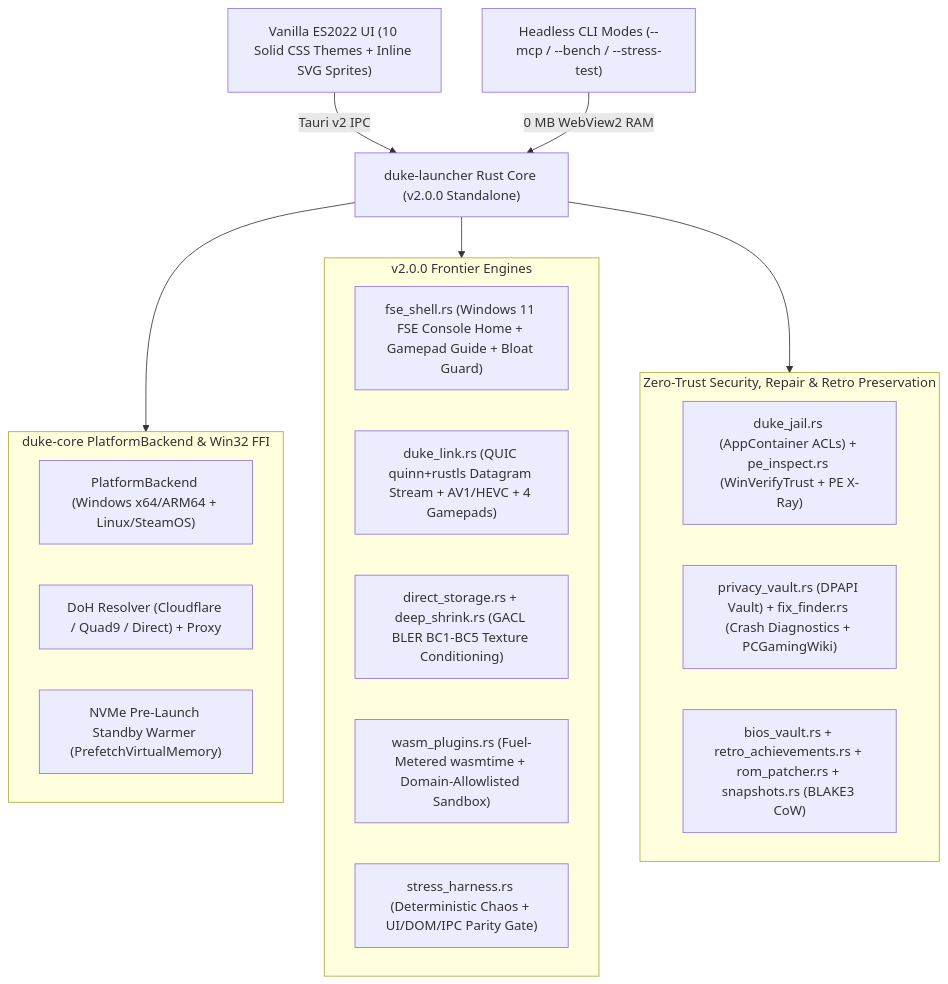
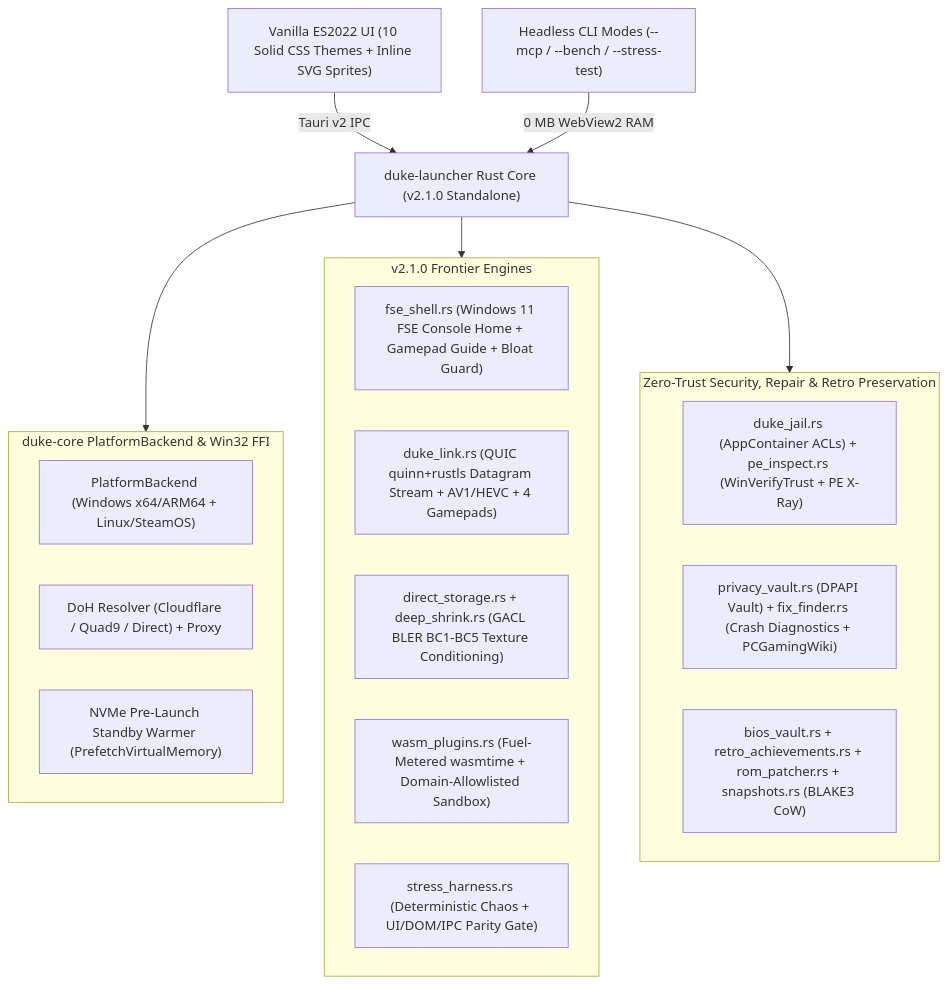
One commit to willferrara/duke-systems changed the diagram in README.md. Above: the diagram before and after it, drawn with Mermaid. The commit also changed other lines of this file and 24 other files, not shown here.

Commit message:
feat: release Duke Launcher v2.1.0 (instant catalog load, universal controllers, legal cleanup, UI polish, playtime sync & cascading cover finder)

````diff
--- a/README.md
+++ b/README.md
@@ -68,29 +68,29 @@
 ```mermaid
 flowchart TD
-    UI["Vanilla ES2022 UI (10 Solid CSS Themes + Inline SVG Sprites)"] -->|"Tauri v2 IPC"| CoreEngine["duke-launcher Rust Core (v2.0.0 Standalone)"]
+    UI["Vanilla ES2022 UI (10 Solid CSS Themes + Inline SVG Sprites)"] -->|"Tauri v2 IPC"| CoreEngine["duke-launcher Rust Core (v2.1.0 Standalone)"]
     CLI["Headless CLI Modes (--mcp / --bench / --stress-test)"] -->|"0 MB WebView2 RAM"| CoreEngine
 
     subgraph PlatformLayer["duke-core PlatformBackend & Win32 FFI"]
         Backend["PlatformBackend (Windows x64/ARM64 + Linux/SteamOS)"]
         DoH["DoH Resolver (Cloudflare / Quad9 / Direct) + Proxy"]
         NVMe["NVMe Pre-Launch Standby Warmer (PrefetchVirtualMemory)"]
     end
 
-    subgraph FrontierV2["v2.0.0 Frontier Engines"]
+    subgraph FrontierV2["v2.1.0 Frontier Engines"]
         FSE["fse_shell.rs (Windows 11 FSE Console Home + Gamepad Guide + Bloat Guard)"]
         Link["duke_link.rs (QUIC quinn+rustls Datagram Stream + AV1/HEVC + 4 Gamepads)"]
         BLER["direct_storage.rs + deep_shrink.rs (GACL BLER BC1-BC5 Texture Conditioning)"]
         Wasm["wasm_plugins.rs (Fuel-Metered wasmtime + Domain-Allowlisted Sandbox)"]
         Chaos["stress_harness.rs (Deterministic Chaos + UI/DOM/IPC Parity Gate)"]
     end
 
     subgraph SecurityRetro["Zero-Trust Security, Repair & Retro Preservation"]
         Security["duke_jail.rs (AppContainer ACLs) + pe_inspect.rs (WinVerifyTrust + PE X-Ray)"]
         Vault["privacy_vault.rs (DPAPI Vault) + fix_finder.rs (Crash Diagnostics + PCGamingWiki)"]
         Preservation["bios_vault.rs + retro_achievements.rs + rom_patcher.rs + snapshots.rs (BLAKE3 CoW)"]
     end
 
     CoreEngine --> PlatformLayer
     CoreEngine --> FrontierV2
     CoreEngine --> SecurityRetro
 ```
````
